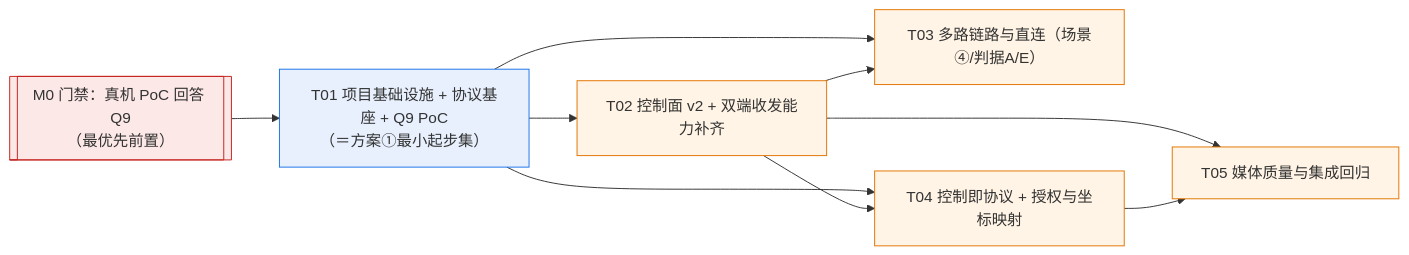
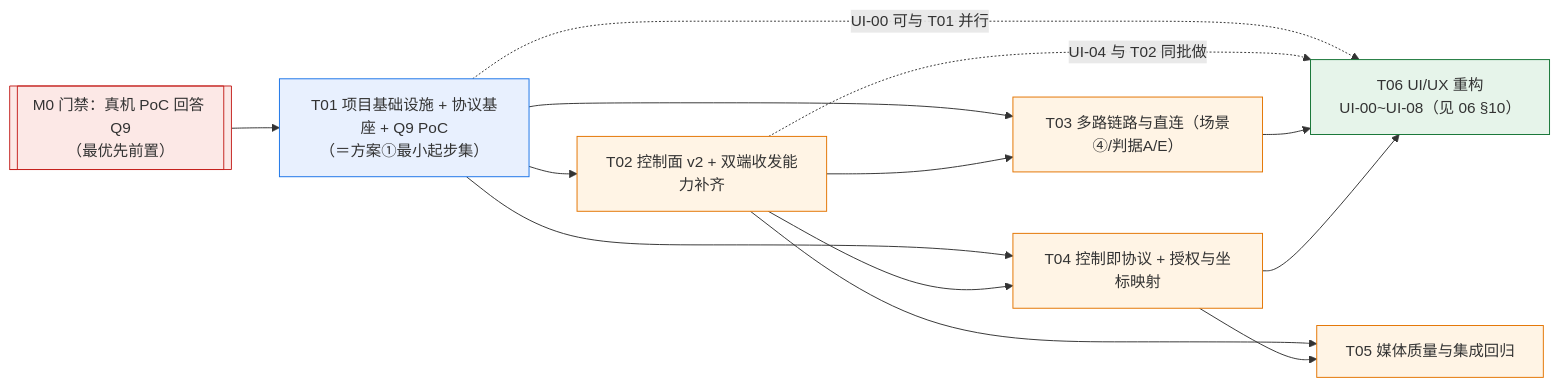
Before and after one commit to sykesP42/uniLinker: the seventh of 9 diagrams in docs/redesign/03-architecture-and-plan.md, drawn with Mermaid. The commit also changed other lines of this file and 5 other files, not shown here.

````diff
--- a/docs/redesign/03-architecture-and-plan.md
+++ b/docs/redesign/03-architecture-and-plan.md
@@ -789,24 +792,32 @@
 ```mermaid
 graph LR
   T01["T01 项目基础设施 + 协议基座 + Q9 PoC<br/>（＝方案①最小起步集）"]
   T02["T02 控制面 v2 + 双端收发能力补齐"]
   T03["T03 多路链路与直连（场景④/判据A/E）"]
   T04["T04 控制即协议 + 授权与坐标映射"]
   T05["T05 媒体质量与集成回归"]
 
   M0[["M0 门禁：真机 PoC 回答 Q9<br/>（最优先前置）"]] --> T01
   T01 --> T02
   T01 --> T03
   T01 --> T04
   T02 --> T03
   T02 --> T04
   T02 --> T05
   T04 --> T05
 
+  T06["T06 UI/UX 重构<br/>UI-00~UI-08（见 06 §10）"]
+  T01 -.->|"UI-00 可与 T01 并行"| T06
+  T02 -.->|"UI-04 与 T02 同批做"| T06
+  T03 --> T06
+  T04 --> T06
+
   classDef infra fill:#e8f0fe,stroke:#1a73e8;
   classDef core fill:#fff4e5,stroke:#e37400;
+  classDef ui fill:#e6f4ea,stroke:#137333;
   classDef gate fill:#fce8e6,stroke:#c5221f;
   class T01 infra;
   class T02,T03,T04,T05 core;
+  class T06 ui;
   class M0 gate;
 ```
````
